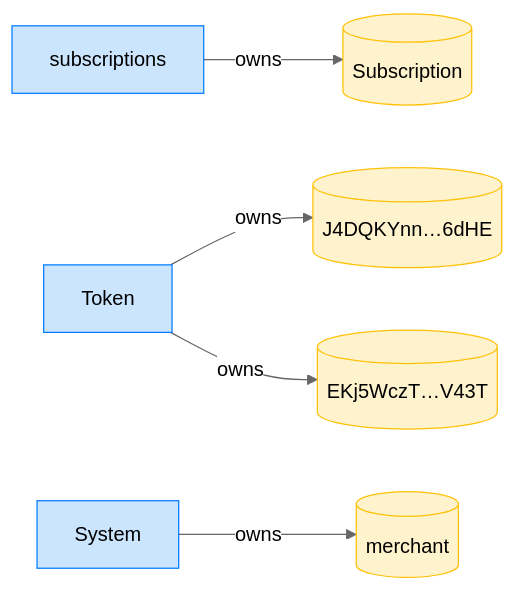
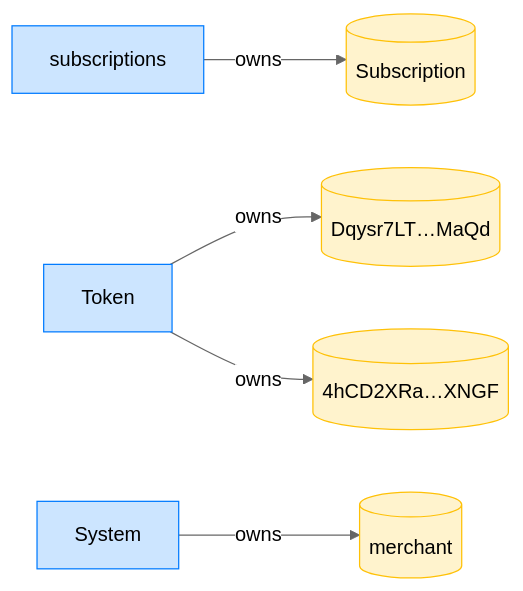
One commit to cds-rs/subscriptions changed diagram 16 of 16 in dsl_tests/transfer-subscription--the-period-rolls-over.md. Above: the diagram before and after it, drawn with Mermaid (neutral theme). The commit also changed other lines of this file and 224 other files, not shown here.

````diff
--- a/dsl_tests/transfer-subscription--the-period-rolls-over.md
+++ b/dsl_tests/transfer-subscription--the-period-rolls-over.md
@@ -312,16 +334,16 @@
 ```mermaid
 flowchart LR
     classDef owner fill:#cce5ff,stroke:#007bff;
     classDef account fill:#fff3cd,stroke:#ffc107;
     subscriptions[subscriptions]:::owner
     Subscription[(Subscription)]:::account
     Token[Token]:::owner
-    J4DQKYnn_6dHE[("J4DQKYnn…6dHE")]:::account
-    EKj5WczT_V43T[("EKj5WczT…V43T")]:::account
+    Dqysr7LT_MaQd[("Dqysr7LT…MaQd")]:::account
+    4hCD2XRa_XNGF[("4hCD2XRa…XNGF")]:::account
     System[System]:::owner
     merchant[(merchant)]:::account
     subscriptions -->|owns| Subscription
-    Token -->|owns| J4DQKYnn_6dHE
-    Token -->|owns| EKj5WczT_V43T
+    Token -->|owns| Dqysr7LT_MaQd
+    Token -->|owns| 4hCD2XRa_XNGF
     System -->|owns| merchant
 ```
````
